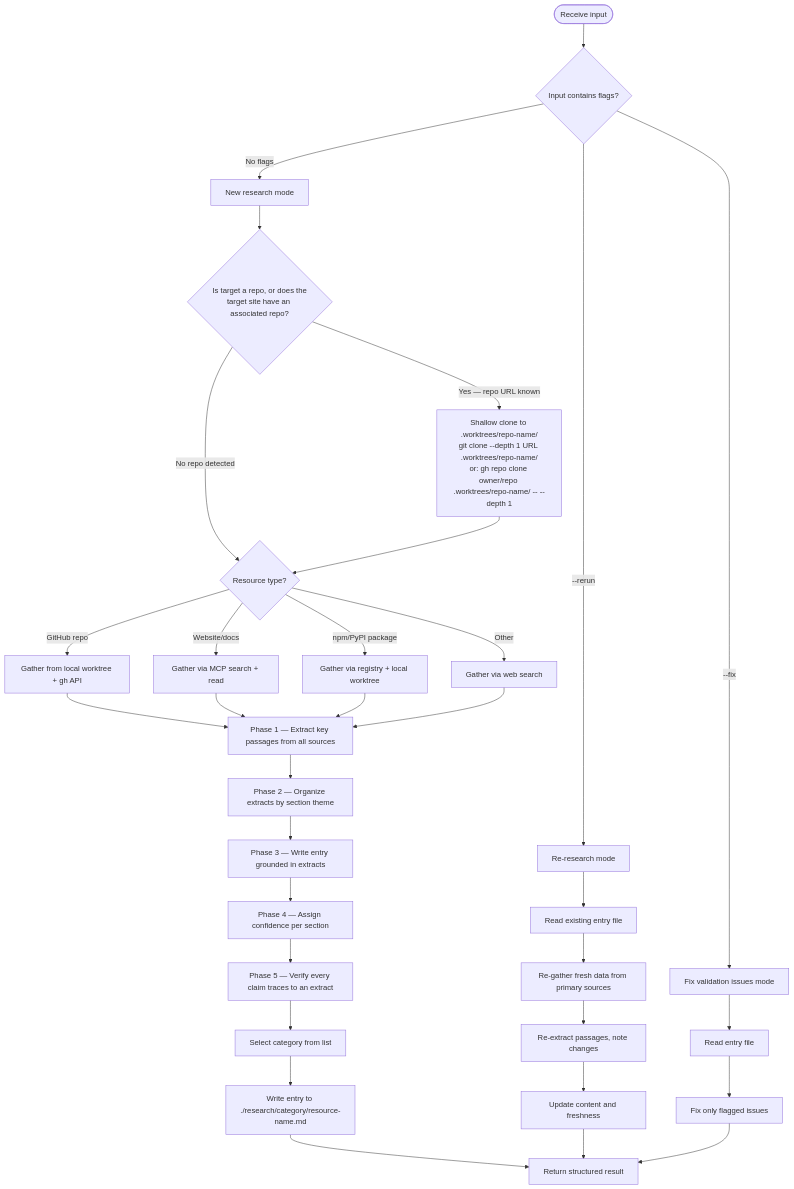
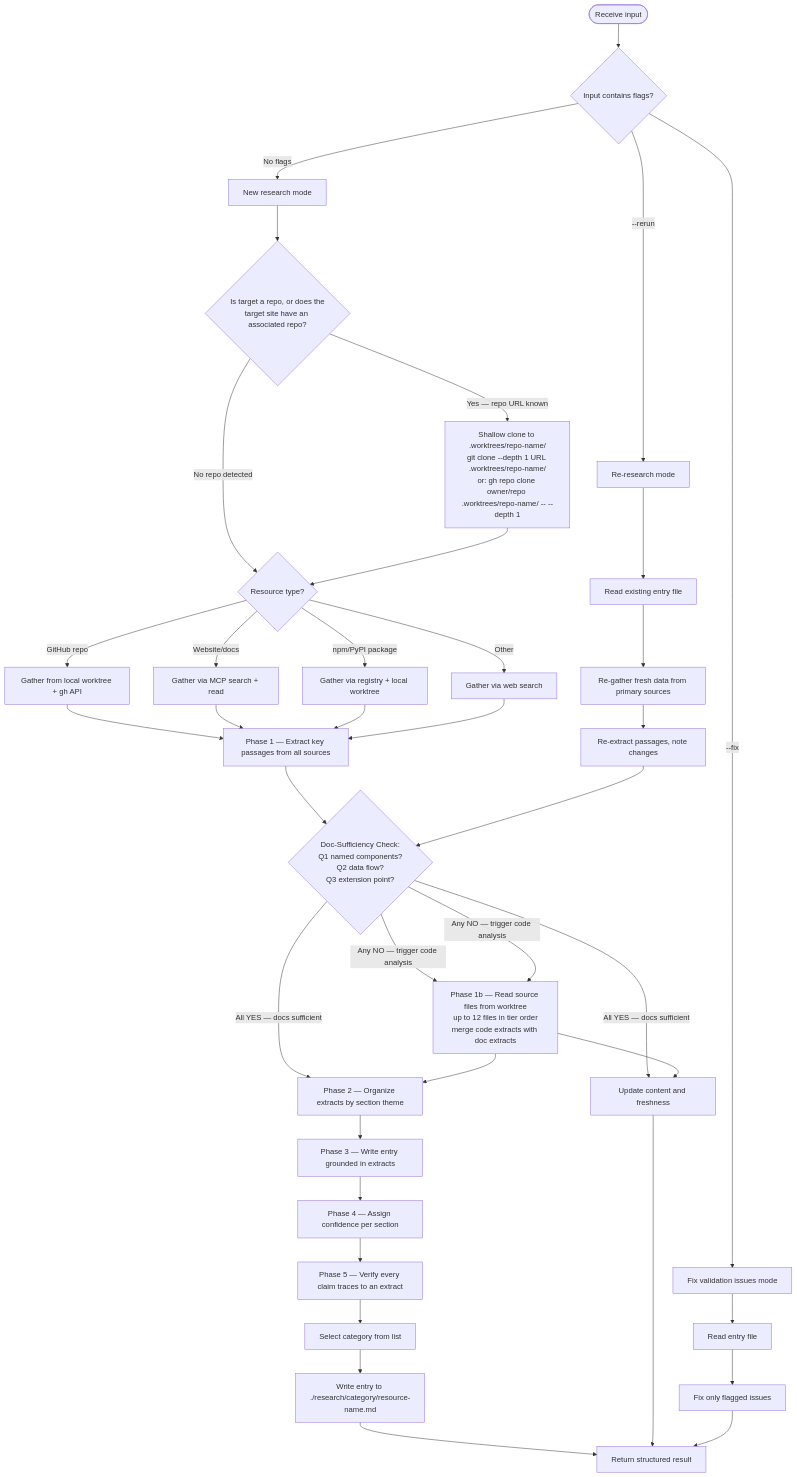
One commit to chgreer1070/claude_skills changed the first of 2 diagrams in .claude/agents/research-curator.md. Above: the diagram before and after it, drawn with Mermaid. The commit also changed other lines of this file and 8 other files, not shown here.

First line of the commit message:
feat(research-curator): add code-analysis phase for repos with thin documentation

````diff
--- a/.claude/agents/research-curator.md
+++ b/.claude/agents/research-curator.md
@@ -21,40 +21,46 @@
 ```mermaid
 flowchart TD
     Start([Receive input]) --> CheckFlags{Input contains flags?}
     CheckFlags -->|--rerun| Rerun[Re-research mode]
     CheckFlags -->|--fix| Fix[Fix validation issues mode]
     CheckFlags -->|No flags| New[New research mode]
 
     New --> DetectRepo{Is target a repo, or does the<br>target site have an associated repo?}
     DetectRepo -->|"Yes — repo URL known"| Clone["Shallow clone to .worktrees/repo-name/<br>git clone --depth 1 URL .worktrees/repo-name/<br>or: gh repo clone owner/repo .worktrees/repo-name/ -- --depth 1"]
     DetectRepo -->|"No repo detected"| Identify{Resource type?}
     Clone --> Identify{Resource type?}
 
     Identify -->|GitHub repo| GH[Gather from local worktree + gh API]
     Identify -->|Website/docs| Web[Gather via MCP search + read]
     Identify -->|npm/PyPI package| Pkg[Gather via registry + local worktree]
     Identify -->|Other| Other[Gather via web search]
 
     GH --> Extract[Phase 1 — Extract key passages from all sources]
     Web --> Extract
     Pkg --> Extract
     Other --> Extract
 
-    Extract --> Organize[Phase 2 — Organize extracts by section theme]
+    Extract --> DocCheck{Doc-Sufficiency Check:<br>Q1 named components?<br>Q2 data flow?<br>Q3 extension point?}
+    DocCheck -->|"All YES — docs sufficient"| Organize[Phase 2 — Organize extracts by section theme]
+    DocCheck -->|"Any NO — trigger code analysis"| Phase1b[Phase 1b — Read source files from worktree<br>up to 12 files in tier order<br>merge code extracts with doc extracts]
+    Phase1b --> Organize
     Organize --> Write[Phase 3 — Write entry grounded in extracts]
     Write --> Confidence[Phase 4 — Assign confidence per section]
     Confidence --> Validate[Phase 5 — Verify every claim traces to an extract]
     Validate --> SelectCat[Select category from list]
     SelectCat --> WriteFile[Write entry to ./research/category/resource-name.md]
     WriteFile --> Return[Return structured result]
 
     Rerun --> ReadExisting[Read existing entry file]
     ReadExisting --> ReGather[Re-gather fresh data from primary sources]
     ReGather --> ReExtract[Re-extract passages, note changes]
-    ReExtract --> UpdateEntry[Update content and freshness]
+    ReExtract --> DocCheck
+    DocCheck -->|"All YES — docs sufficient"| UpdateEntry[Update content and freshness]
+    DocCheck -->|"Any NO — trigger code analysis"| Phase1b
+    Phase1b --> UpdateEntry
     UpdateEntry --> Return
 
     Fix --> ReadEntry[Read entry file]
     ReadEntry --> FixIssues[Fix only flagged issues]
     FixIssues --> Return
 ```
````
